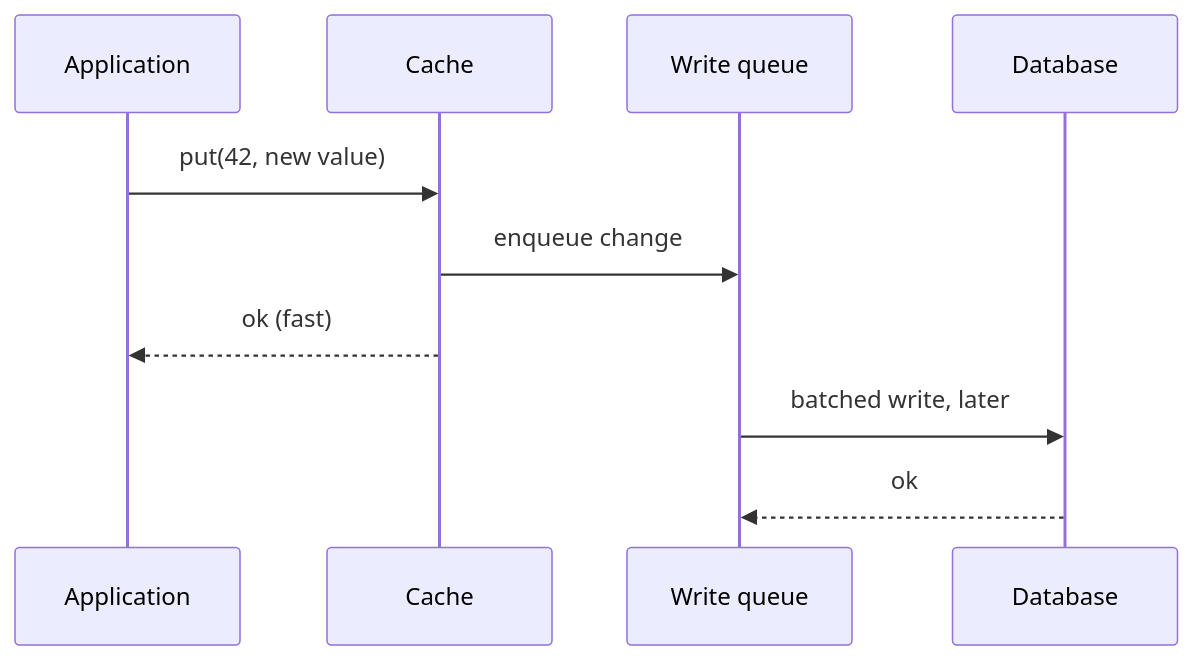
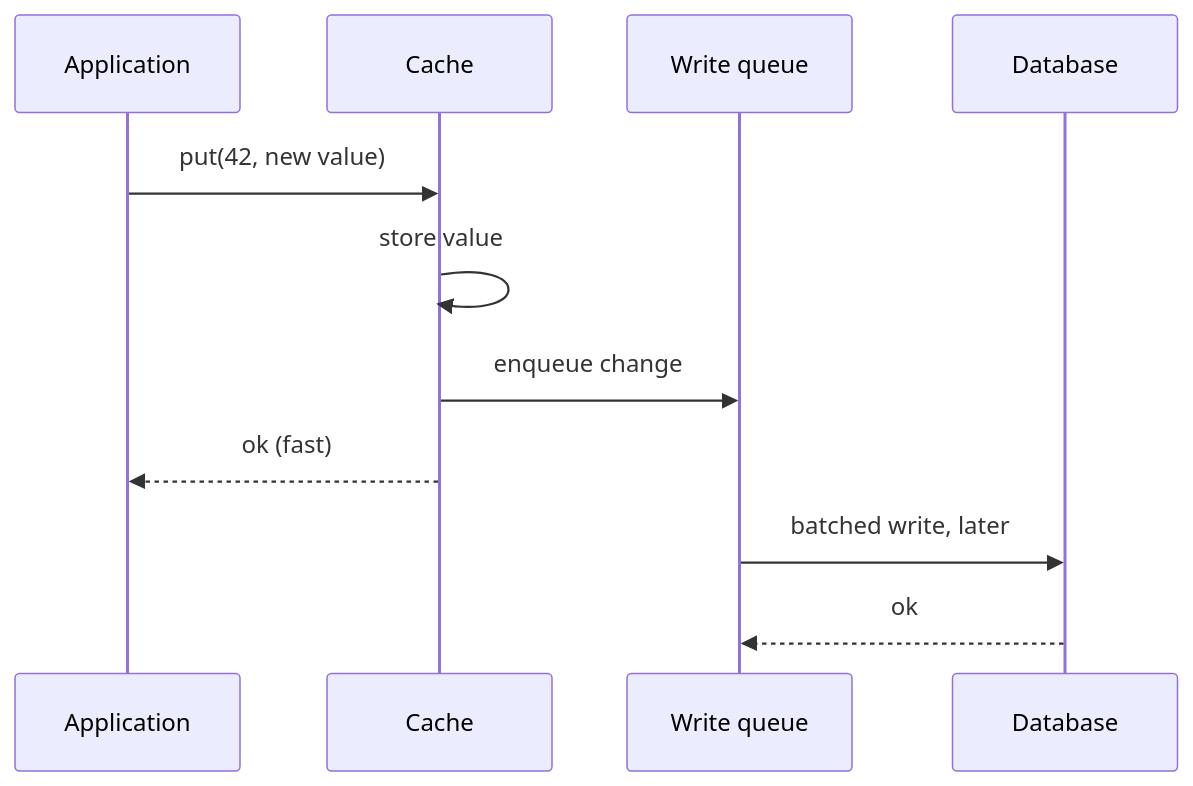
The fourth of 7 diagrams in src/content/docs/caching/cache-strategies.mdx (butyavk/system-design), drawn with Mermaid before and after one commit. The commit also changed other lines of this file and 144 other files, not shown here.

````diff
--- a/src/content/docs/caching/cache-strategies.mdx
+++ b/src/content/docs/caching/cache-strategies.mdx
@@ -157,12 +157,13 @@
 ```mermaid
 sequenceDiagram
   participant A as Application
   participant C as Cache
   participant Q as Write queue
   participant D as Database
   A->>C: put(42, new value)
+  C->>C: store value
   C->>Q: enqueue change
   C-->>A: ok (fast)
   Q->>D: batched write, later
   D-->>Q: ok
 ```
````
